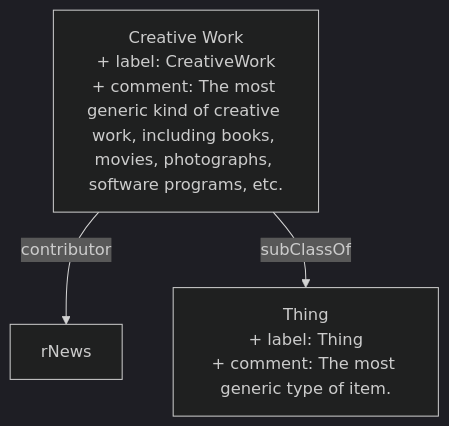
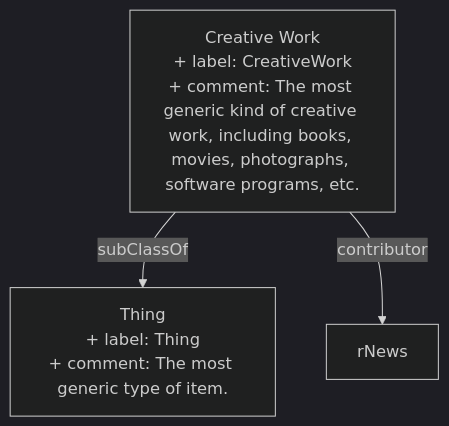
Before and after one commit to heidingaway/heidi2: the diagram in content/schema/CreativeWork.md, drawn with Mermaid (dark theme). The commit also changed other lines of this file and 512 other files, not shown here.

````diff
--- a/content/schema/CreativeWork.md
+++ b/content/schema/CreativeWork.md
@@ -30,8 +30,8 @@
 ```mermaid
 graph TD
   Creative_Work["Creative Work<br>+ label: CreativeWork<br>+ comment: The most generic kind of creative work, including books, movies, photographs, software programs, etc."]:::current-page-node
   Thing["Thing<br>+ label: Thing<br>+ comment: The most generic type of item."]
   rNews["rNews"]
+  Creative_Work-->|" subClassOf "|Thing
   Creative_Work-->|" contributor "|rNews
-  Creative_Work-->|" subClassOf "|Thing
 ```
````
